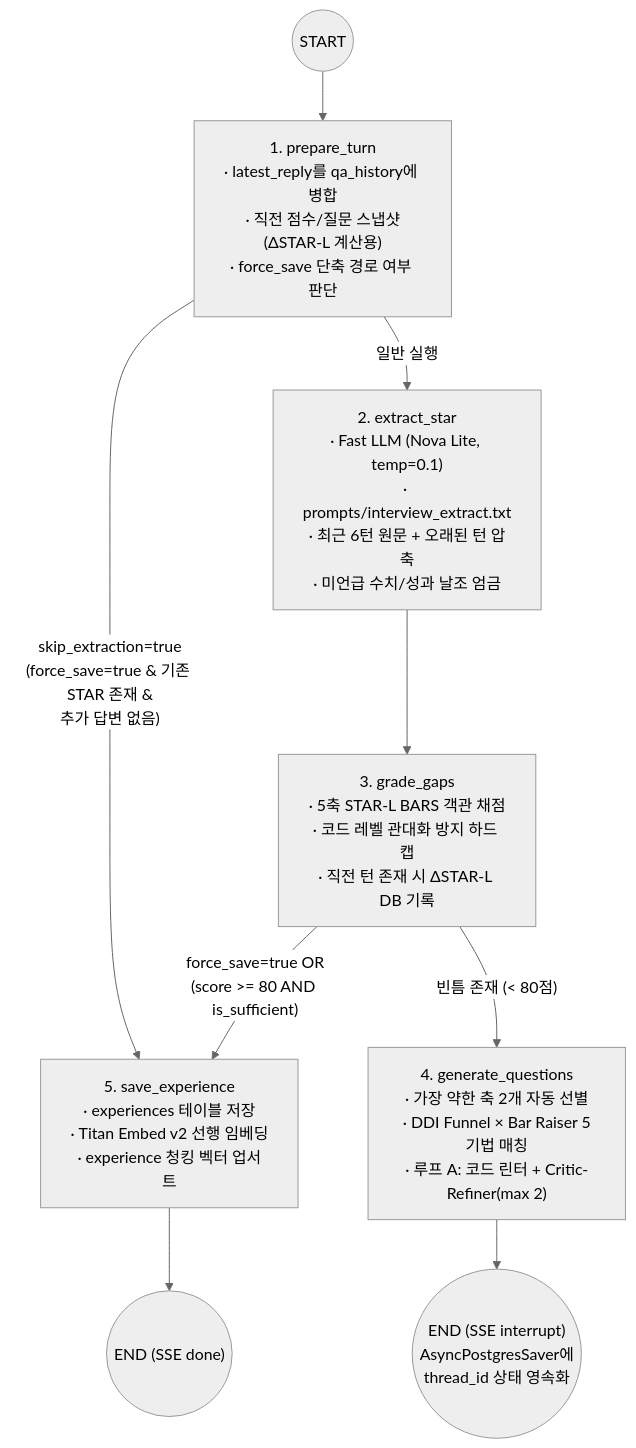
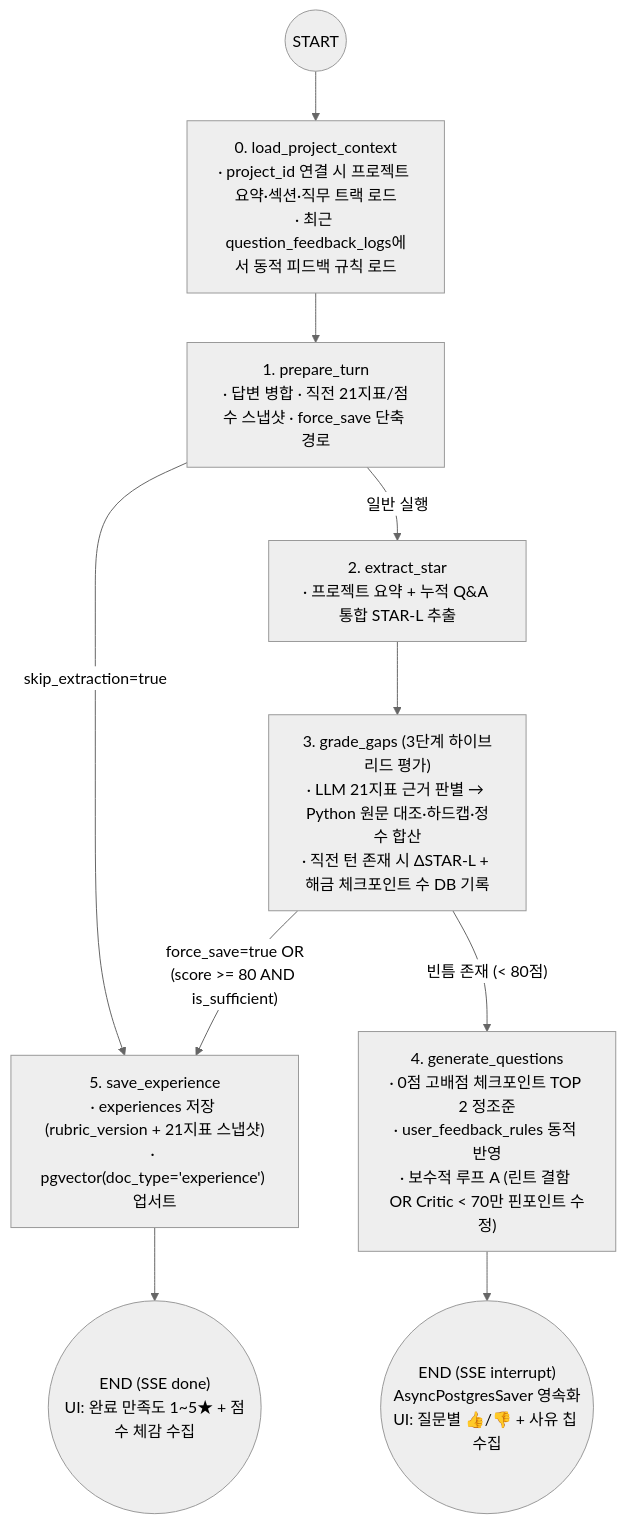
Before and after one commit to KASOP0306/write-on-vibe-lab: the third of 3 diagrams in EXPERIENCE_MINING_ARCHITECTURE.md, drawn with Mermaid (neutral theme). The commit also changed other lines of this file and 22 other files, not shown here.

Commit message:
feat: STAR-L 21-checkpoint hybrid evaluator, 600 XP mastery, and closed-loop feedback

````diff
--- a/EXPERIENCE_MINING_ARCHITECTURE.md
+++ b/EXPERIENCE_MINING_ARCHITECTURE.md
@@ -83,15 +123,16 @@
 ```mermaid
 flowchart TD
-    S((START)) --> P["1. prepare_turn\n· latest_reply를 qa_history에 병합\n· 직전 점수/질문 스냅샷(ΔSTAR-L 계산용)\n· force_save 단축 경로 여부 판단"]
+    S((START)) --> LP["0. load_project_context<br/>· project_id 연결 시 프로젝트 요약·섹션·직무 트랙 로드<br/>· 최근 question_feedback_logs에서 동적 피드백 규칙 로드"]
+    LP --> P["1. prepare_turn<br/>· 답변 병합 · 직전 21지표/점수 스냅샷 · force_save 단축 경로"]
 
-    P -->|"skip_extraction=true\n(force_save=true & 기존 STAR 존재 &\n추가 답변 없음)"| SAVE
-    P -->|"일반 실행"| EXT["2. extract_star\n· Fast LLM (Nova Lite, temp=0.1)\n· prompts/interview_extract.txt\n· 최근 6턴 원문 + 오래된 턴 압축\n· 미언급 수치/성과 날조 엄금"]
+    P -->|"skip_extraction=true"| SAVE
+    P -->|"일반 실행"| EXT["2. extract_star<br/>· 프로젝트 요약 + 누적 Q&A 통합 STAR-L 추출"]
 
-    EXT --> GRADE["3. grade_gaps\n· 5축 STAR-L BARS 객관 채점\n· 코드 레벨 관대화 방지 하드 캡\n· 직전 턴 존재 시 ΔSTAR-L DB 기록"]
+    EXT --> GRADE["3. grade_gaps (3단계 하이브리드 평가)<br/>· LLM 21지표 근거 판별 → Python 원문 대조·하드캡·정수 합산<br/>· 직전 턴 존재 시 ΔSTAR-L + 해금 체크포인트 수 DB 기록"]
 
-    GRADE -->|"force_save=true OR\n(score >= 80 AND is_sufficient)"| SAVE["5. save_experience\n· experiences 테이블 저장\n· Titan Embed v2 선행 임베딩\n· experience 청킹 벡터 업서트"]
-    GRADE -->|"빈틈 존재 (< 80점)"| Q["4. generate_questions\n· 가장 약한 축 2개 자동 선별\n· DDI Funnel × Bar Raiser 5기법 매칭\n· 루프 A: 코드 린터 + Critic-Refiner(max 2)"]
+    GRADE -->|"force_save=true OR<br/>(score >= 80 AND is_sufficient)"| SAVE["5. save_experience<br/>· experiences 저장 (rubric_version + 21지표 스냅샷)<br/>· pgvector(doc_type='experience') 업서트"]
+    GRADE -->|"빈틈 존재 (< 80점)"| Q["4. generate_questions<br/>· 0점 고배점 체크포인트 TOP 2 정조준<br/>· user_feedback_rules 동적 반영<br/>· 보수적 루프 A (린트 결함 OR Critic < 70만 핀포인트 수정)"]
 
-    Q --> INT(("END (SSE interrupt)\nAsyncPostgresSaver에\nthread_id 상태 영속화"))
-    SAVE --> DONE(("END (SSE done)"))
+    Q --> INT(("END (SSE interrupt)<br/>AsyncPostgresSaver 영속화<br/>UI: 질문별 👍/👎 + 사유 칩 수집"))
+    SAVE --> DONE(("END (SSE done)<br/>UI: 완료 만족도 1~5★ + 점수 체감 수집"))
 ```
````
